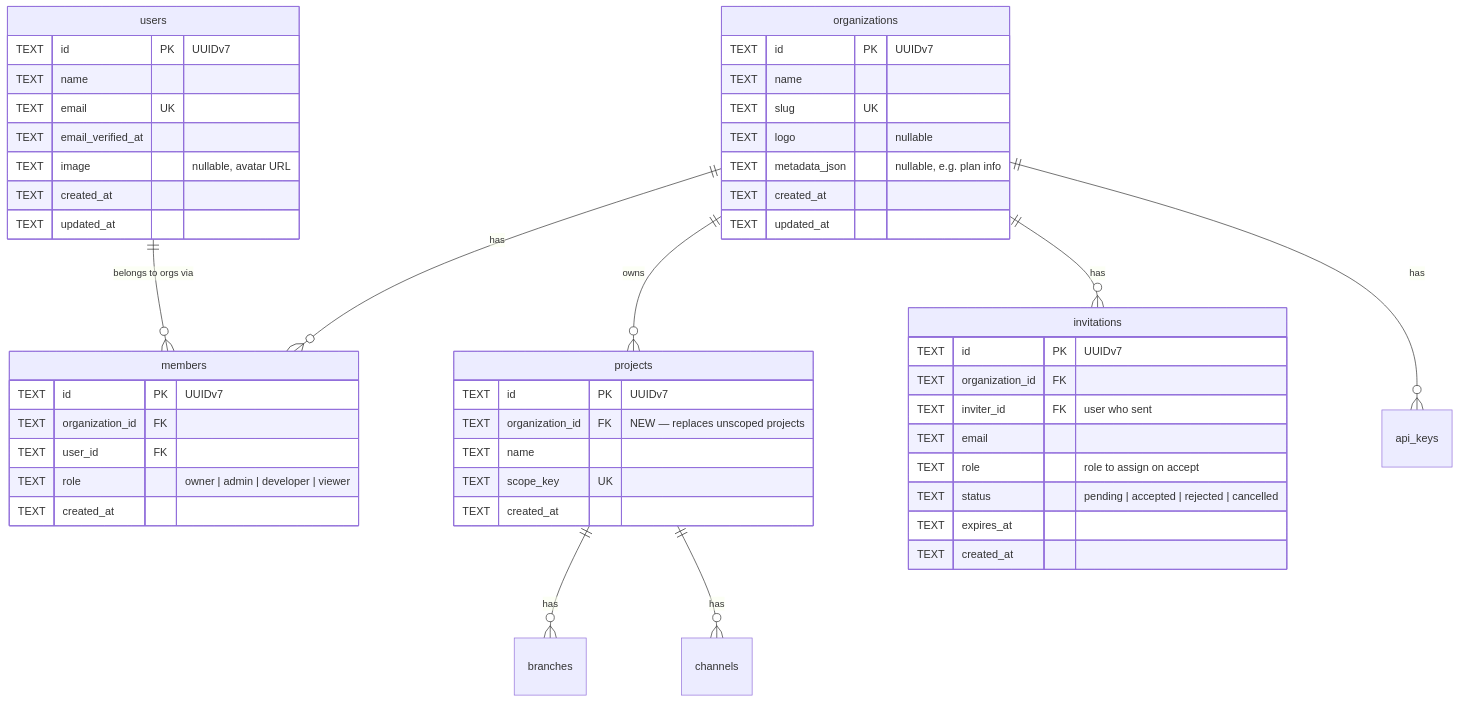
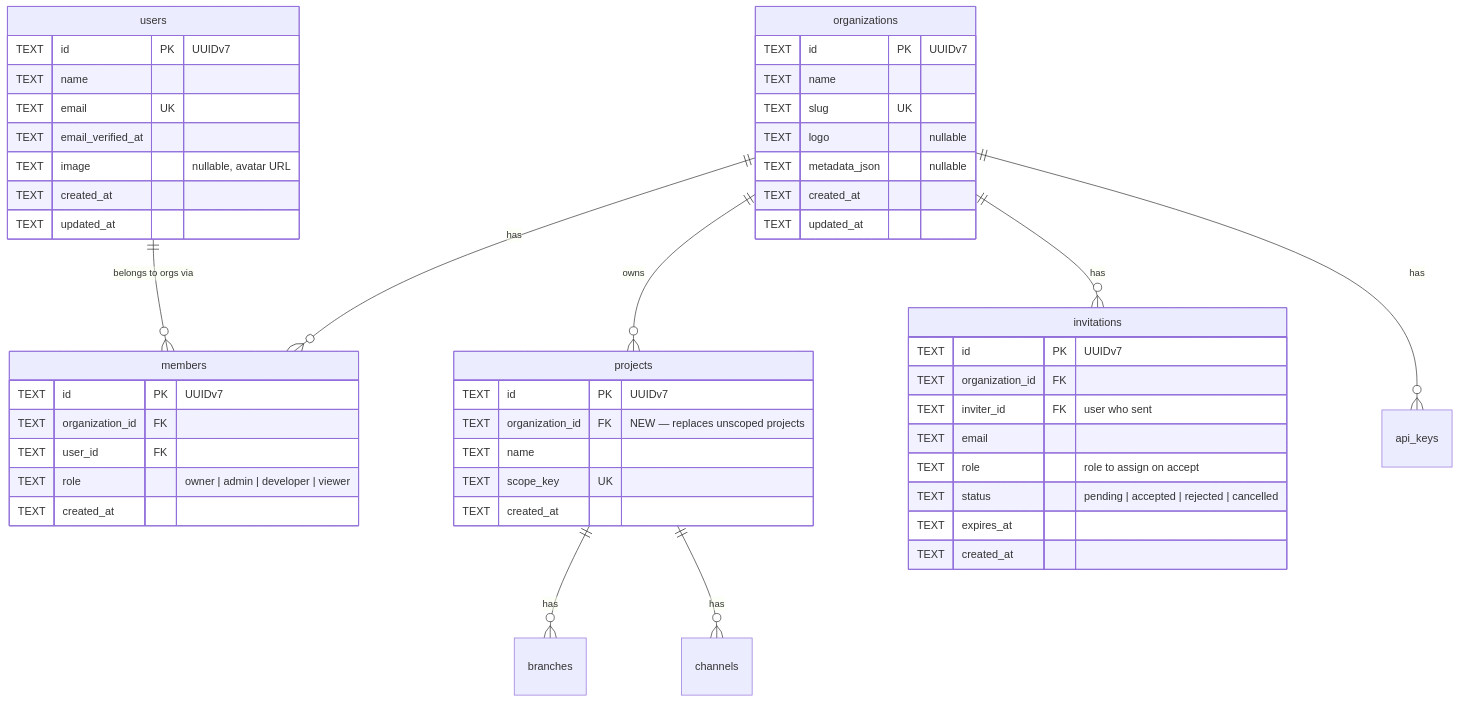
One commit to aislopware/better-update changed the second of 6 diagrams in docs/specs/server/21-authentication.md. Above: the diagram before and after it, drawn with Mermaid. The commit also changed other lines of this file and 12 other files, not shown here.

````diff
--- a/docs/specs/server/21-authentication.md
+++ b/docs/specs/server/21-authentication.md
@@ -46,57 +46,57 @@
 ```mermaid
 erDiagram
     users ||--o{ members : "belongs to orgs via"
     organizations ||--o{ members : has
     organizations ||--o{ projects : owns
     organizations ||--o{ invitations : has
     organizations ||--o{ api_keys : has
     projects ||--o{ branches : has
     projects ||--o{ channels : has
 
     users {
         TEXT id PK "UUIDv7"
         TEXT name
         TEXT email UK
         TEXT email_verified_at
         TEXT image "nullable, avatar URL"
         TEXT created_at
         TEXT updated_at
     }
 
     organizations {
         TEXT id PK "UUIDv7"
         TEXT name
         TEXT slug UK
         TEXT logo "nullable"
-        TEXT metadata_json "nullable, e.g. plan info"
+        TEXT metadata_json "nullable"
         TEXT created_at
         TEXT updated_at
     }
 
     members {
         TEXT id PK "UUIDv7"
         TEXT organization_id FK
         TEXT user_id FK
         TEXT role "owner | admin | developer | viewer"
         TEXT created_at
     }
 
     invitations {
         TEXT id PK "UUIDv7"
         TEXT organization_id FK
         TEXT inviter_id FK "user who sent"
         TEXT email
         TEXT role "role to assign on accept"
         TEXT status "pending | accepted | rejected | cancelled"
         TEXT expires_at
         TEXT created_at
     }
 
     projects {
         TEXT id PK "UUIDv7"
         TEXT organization_id FK "NEW — replaces unscoped projects"
         TEXT name
         TEXT scope_key UK
         TEXT created_at
     }
 ```
````
